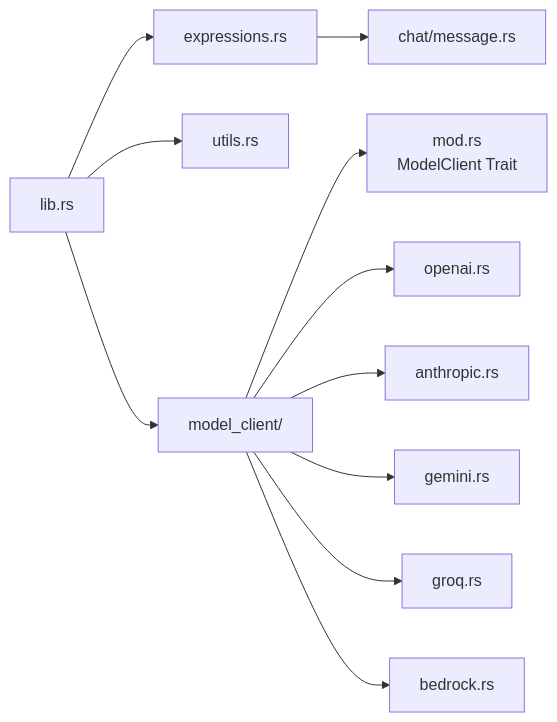
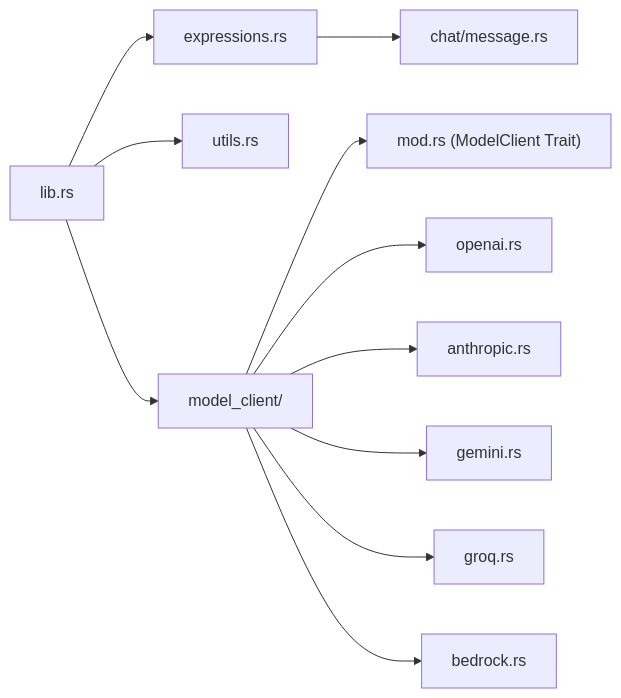
The second of 9 diagrams in docs/ARCHITECTURE.md (daviddrummond95/polar_llama), drawn with Mermaid before and after one commit.

Commit message:
Fixes Mermaid flowchart rendering in docs/ARCHITECTURE.md
Replace unsupported HTML <br/> tag with quoted text in node label
to fix GitHub's Mermaid renderer (issue #38)

````diff
--- a/docs/ARCHITECTURE.md
+++ b/docs/ARCHITECTURE.md
@@ -141,15 +141,15 @@
 ```mermaid
 graph LR
     lib[lib.rs] --> expr[expressions.rs]
     lib --> utils[utils.rs]
     lib --> mc[model_client/]
 
-    mc --> trait[mod.rs<br/>ModelClient Trait]
+    mc --> trait["mod.rs (ModelClient Trait)"]
     mc --> openai[openai.rs]
     mc --> anthropic[anthropic.rs]
     mc --> gemini[gemini.rs]
     mc --> groq[groq.rs]
     mc --> bedrock[bedrock.rs]
 
     expr --> msg[chat/message.rs]
 ```
````
